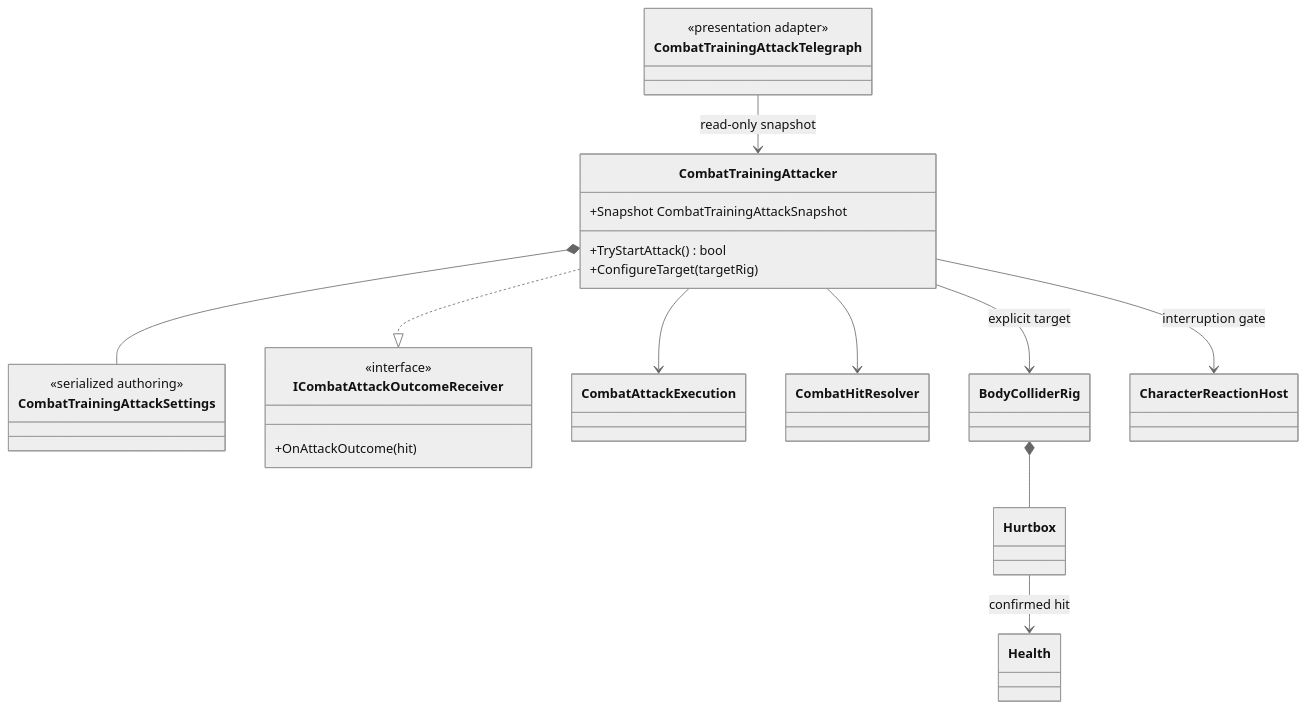
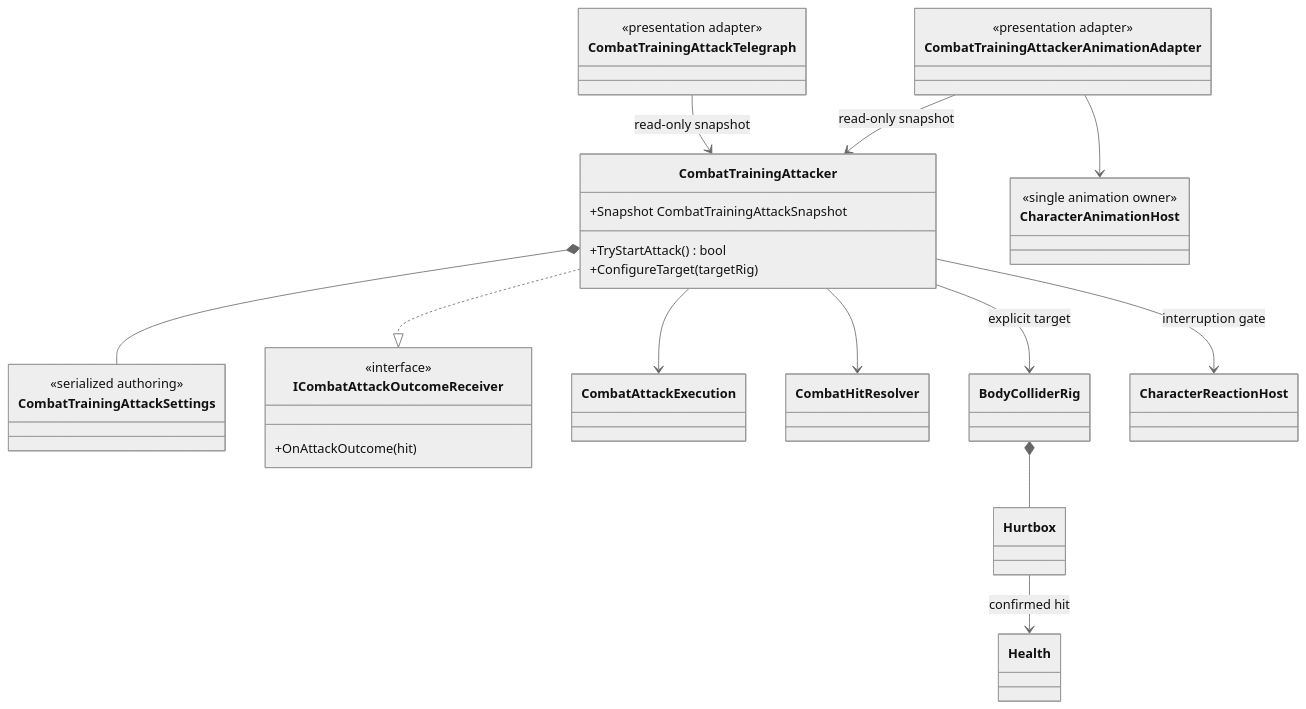
One commit to MaximFonariuc/project-s changed the diagram in Assets/_App/Core/Runtime/Enemies/Training/README.md. Above: the diagram before and after it, drawn with Mermaid (neutral theme). The commit also changed other lines of this file and 9 other files, not shown here.

Commit message:
refactor(animation): centralize scene actor presentation

````diff
--- a/Assets/_App/Core/Runtime/Enemies/Training/README.md
+++ b/Assets/_App/Core/Runtime/Enemies/Training/README.md
@@ -6,34 +6,42 @@
 ```mermaid
 classDiagram
     class CombatTrainingAttacker {
         +TryStartAttack() bool
         +ConfigureTarget(targetRig)
         +Snapshot CombatTrainingAttackSnapshot
     }
     class CombatTrainingAttackSettings {
         <<serialized authoring>>
     }
     class CombatTrainingAttackTelegraph {
         <<presentation adapter>>
+    }
+    class CombatTrainingAttackerAnimationAdapter {
+        <<presentation adapter>>
+    }
+    class CharacterAnimationHost {
+        <<single animation owner>>
     }
     class ICombatAttackOutcomeReceiver {
         <<interface>>
         +OnAttackOutcome(hit)
     }
     class CombatAttackExecution
     class CombatHitResolver
     class BodyColliderRig
     class Hurtbox
     class Health
     class CharacterReactionHost
 
     CombatTrainingAttacker *-- CombatTrainingAttackSettings
     CombatTrainingAttacker --> CombatAttackExecution
     CombatTrainingAttacker ..|> ICombatAttackOutcomeReceiver
     CombatTrainingAttacker --> CombatHitResolver
     CombatTrainingAttacker --> BodyColliderRig : explicit target
     BodyColliderRig *-- Hurtbox
     Hurtbox --> Health : confirmed hit
     CombatTrainingAttacker --> CharacterReactionHost : interruption gate
     CombatTrainingAttackTelegraph --> CombatTrainingAttacker : read-only snapshot
+    CombatTrainingAttackerAnimationAdapter --> CombatTrainingAttacker : read-only snapshot
+    CombatTrainingAttackerAnimationAdapter --> CharacterAnimationHost
 ```
````
